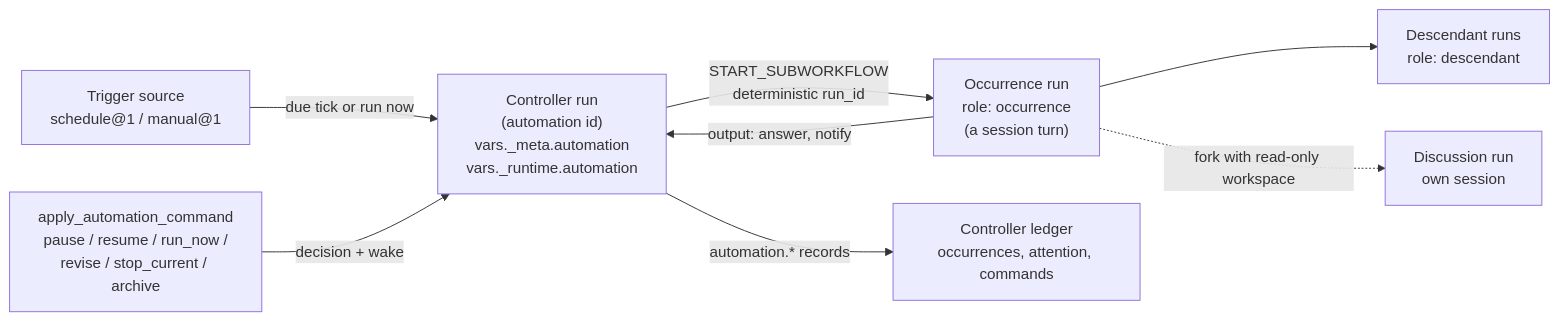
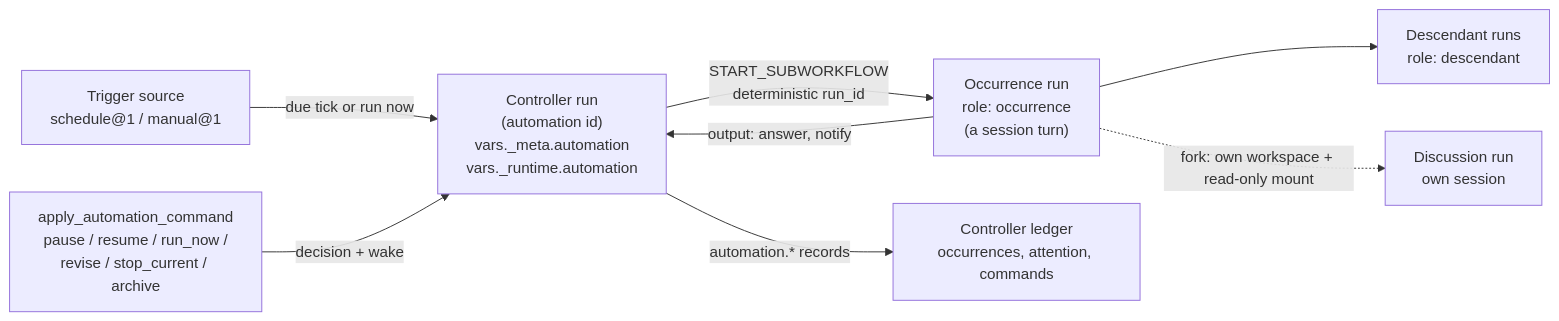
One commit to lpalbou/AbstractRuntime changed the first of 2 diagrams in docs/automations.md. Above: the diagram before and after it, drawn with Mermaid. The commit also changed other lines of this file and 4 other files, not shown here.

First line of the commit message:
fix(runtime): later discussion turns keep the root's exact workspace_builtin_allow (review 56 F1); docs diagram says own workspace + read-only mount (F2)

````diff
--- a/docs/automations.md
+++ b/docs/automations.md
@@ -33,10 +33,10 @@
 ```mermaid
 flowchart LR
   Trigger["Trigger source<br/>schedule@1 / manual@1"] -->|"due tick or run now"| Controller["Controller run<br/>(automation id)<br/>vars._meta.automation<br/>vars._runtime.automation"]
   Commands["apply_automation_command<br/>pause / resume / run_now /<br/>revise / stop_current / archive"] -->|"decision + wake"| Controller
   Controller -->|"START_SUBWORKFLOW<br/>deterministic run_id"| Occurrence["Occurrence run<br/>role: occurrence<br/>(a session turn)"]
   Occurrence --> Descendants["Descendant runs<br/>role: descendant"]
   Occurrence -->|"output: answer, notify"| Controller
   Controller -->|"automation.* records"| Ledger["Controller ledger<br/>occurrences, attention, commands"]
-  Occurrence -.->|"fork with read-only workspace"| Discussion["Discussion run<br/>own session"]
+  Occurrence -.->|"fork: own workspace + read-only mount"| Discussion["Discussion run<br/>own session"]
 ```
````
